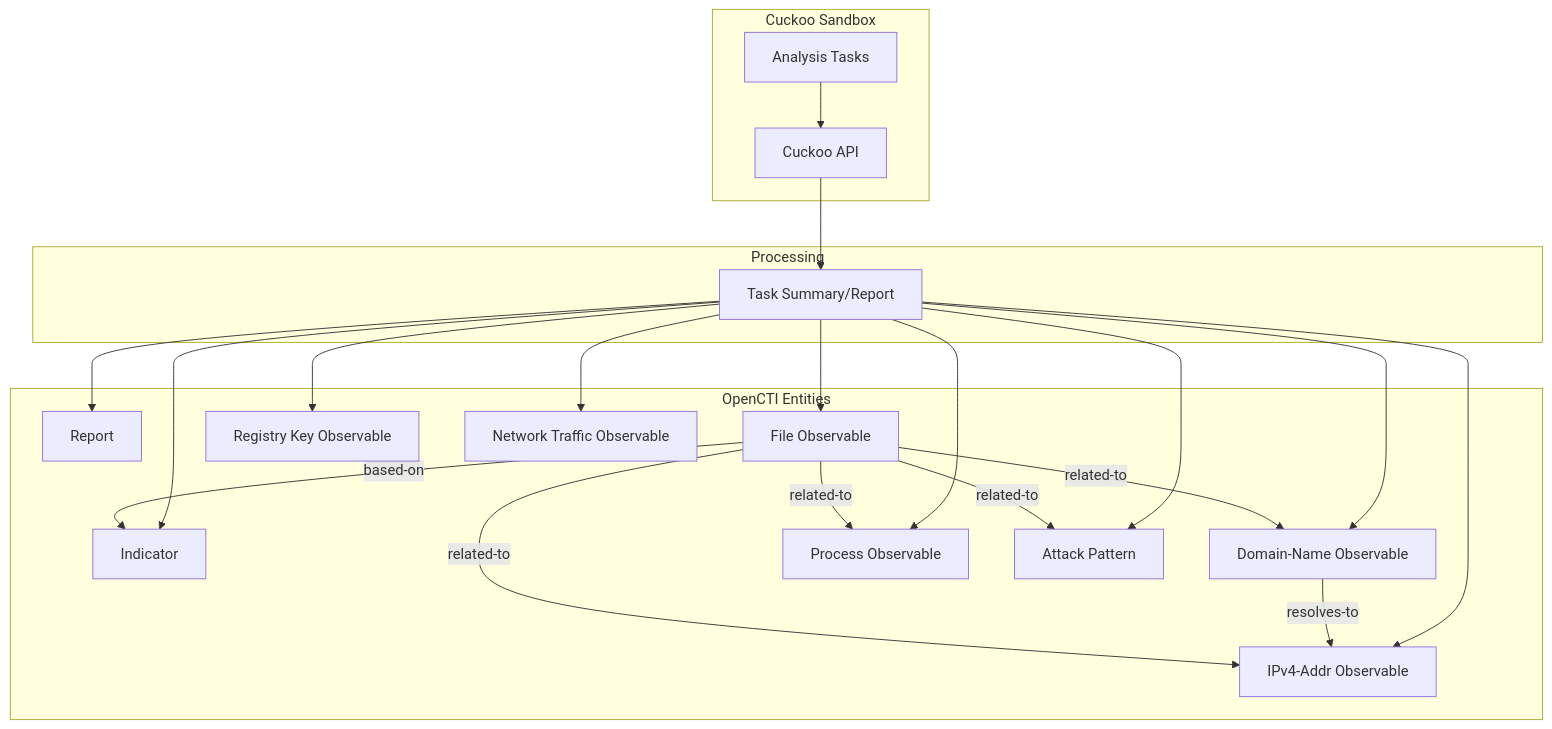
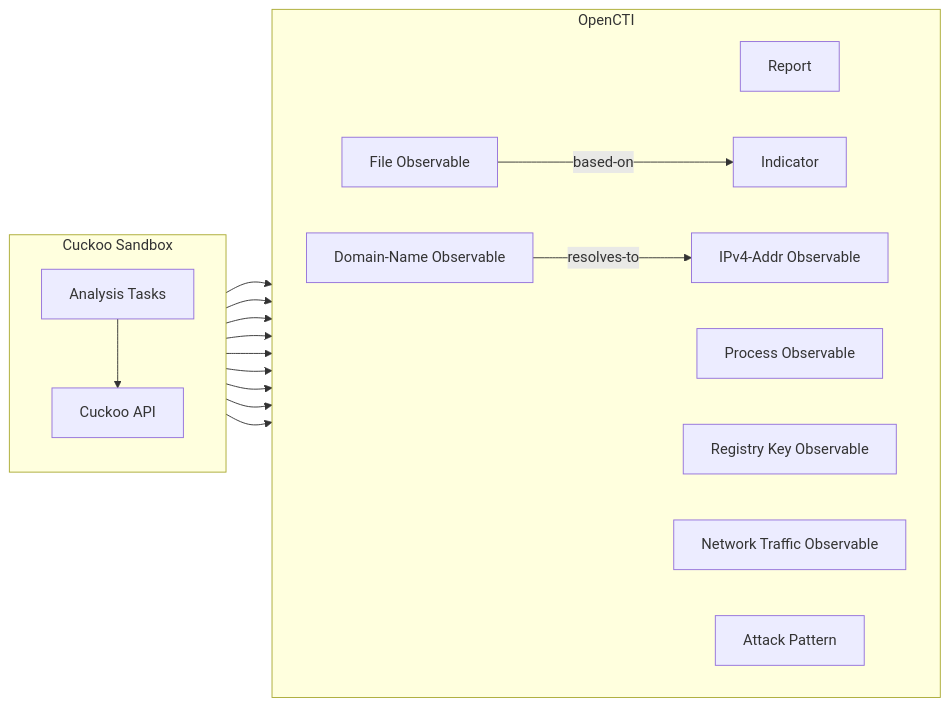
The diagram in external-import/cuckoo/README.md (OpenCTI-Platform/connectors), drawn with Mermaid before and after one commit. The commit also changed other lines of this file and 30 other files, not shown here.

````diff
--- a/external-import/cuckoo/README.md
+++ b/external-import/cuckoo/README.md
@@ -149,31 +148,34 @@
 ```mermaid
-graph TB
+graph LR
     subgraph Cuckoo Sandbox
+        direction TB
         Tasks[Analysis Tasks]
         API[Cuckoo API]
     end
-    
-    subgraph Processing
-        Tasks --> API
-        API --> Summary[Task Summary/Report]
+
+    subgraph OpenCTI
+        direction LR
+        Report[Report]
+        File[File Observable]
+        Indicator[Indicator]
+        IPv4[IPv4-Addr Observable]
+        Domain[Domain-Name Observable]
+        Process[Process Observable]
+        RegKey[Registry Key Observable]
+        NetTraffic[Network Traffic Observable]
+        AttackPattern[Attack Pattern]
     end
-    
-    subgraph OpenCTI Entities
-        Summary --> Report[Report]
-        Summary --> File[File Observable]
-        Summary --> Indicator[Indicator]
-        Summary --> IPv4[IPv4-Addr Observable]
-        Summary --> Domain[Domain-Name Observable]
-        Summary --> Process[Process Observable]
-        Summary --> RegKey[Registry Key Observable]
-        Summary --> NetTraffic[Network Traffic Observable]
-        Summary --> AttackPattern[Attack Pattern]
-    end
-    
+
+    Tasks --> API
+    API --> Report
+    API --> File
+    API --> Indicator
+    API --> IPv4
+    API --> Domain
+    API --> Process
+    API --> RegKey
+    API --> NetTraffic
+    API --> AttackPattern
     File -- based-on --> Indicator
     Domain -- resolves-to --> IPv4
-    File -- related-to --> IPv4
-    File -- related-to --> Domain
-    File -- related-to --> Process
-    File -- related-to --> AttackPattern
 ```
````
